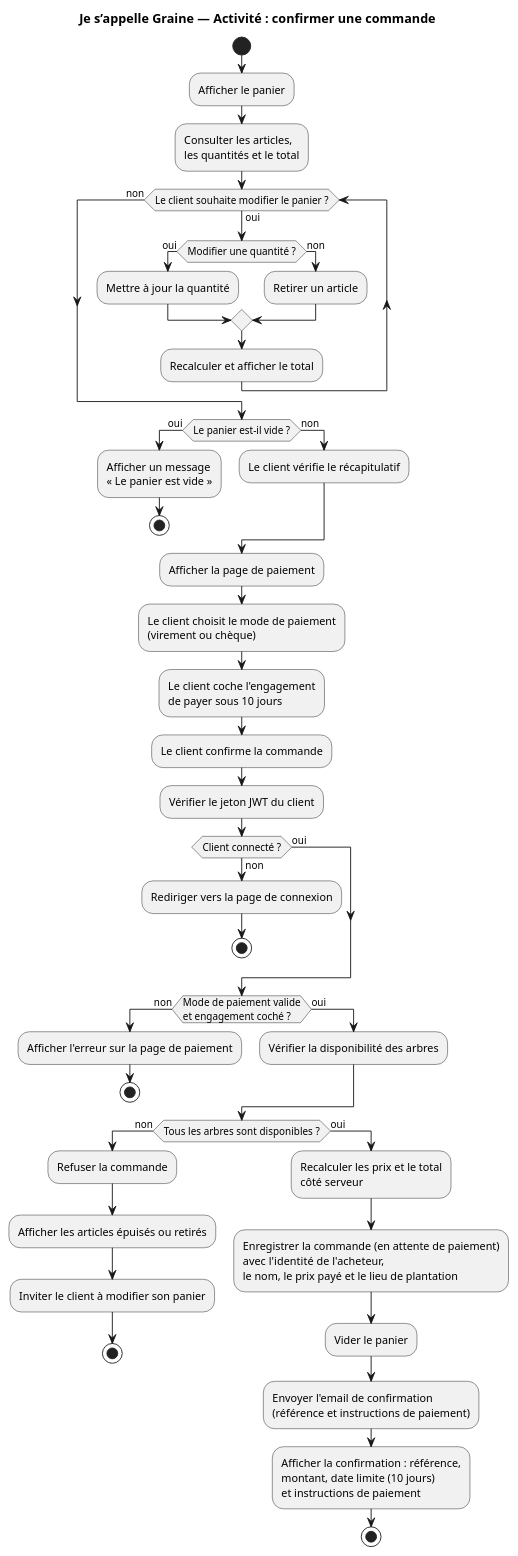
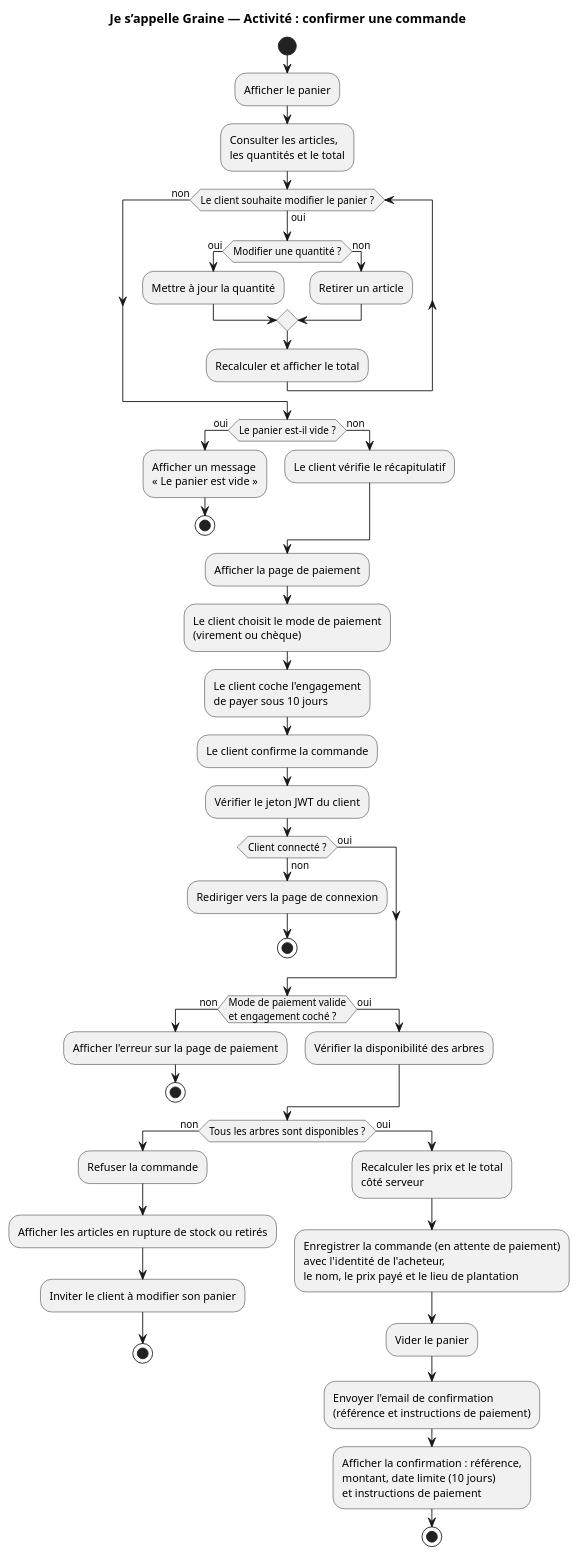
One commit to DimitryDereppe/je-s-appelle-graine changed the diagram in docs/conception/diagrammes/04-diagramme-activite-achat.puml. Above: the diagram before and after it, drawn with PlantUML. The commit also changed 16 other files, not shown here.

```diff
--- a/docs/conception/diagrammes/04-diagramme-activite-achat.puml
+++ b/docs/conception/diagrammes/04-diagramme-activite-achat.puml
@@ -1,67 +1,67 @@
 @startuml 04-diagramme-activite-achat
 title Je s’appelle Graine — Activité : confirmer une commande
 
 start
 :Afficher le panier;
 :Consulter les articles,
 les quantités et le total;
 
 while (Le client souhaite modifier le panier ?) is (oui)
   if (Modifier une quantité ?) then (oui)
     :Mettre à jour la quantité;
   else (non)
     :Retirer un article;
   endif
   :Recalculer et afficher le total;
 endwhile (non)
 
 if (Le panier est-il vide ?) then (oui)
   :Afficher un message
   « Le panier est vide »;
   stop
 else (non)
   :Le client vérifie le récapitulatif;
 endif
 
 :Afficher la page de paiement;
 :Le client choisit le mode de paiement
 (virement ou chèque);
 :Le client coche l'engagement
 de payer sous 10 jours;
 :Le client confirme la commande;
 
 :Vérifier le jeton JWT du client;
 if (Client connecté ?) then (non)
   :Rediriger vers la page de connexion;
   stop
 else (oui)
 endif
 
 if (Mode de paiement valide
 et engagement coché ?) then (non)
   :Afficher l'erreur sur la page de paiement;
   stop
 else (oui)
   :Vérifier la disponibilité des arbres;
 endif
 
 if (Tous les arbres sont disponibles ?) then (non)
   :Refuser la commande;
-  :Afficher les articles épuisés ou retirés;
+  :Afficher les articles en rupture de stock ou retirés;
   :Inviter le client à modifier son panier;
   stop
 else (oui)
   :Recalculer les prix et le total
   côté serveur;
   :Enregistrer la commande (en attente de paiement)
   avec l'identité de l'acheteur,
   le nom, le prix payé et le lieu de plantation;
   :Vider le panier;
   :Envoyer l'email de confirmation
   (référence et instructions de paiement);
   :Afficher la confirmation : référence,
   montant, date limite (10 jours)
   et instructions de paiement;
   stop
 endif
 @enduml
```
